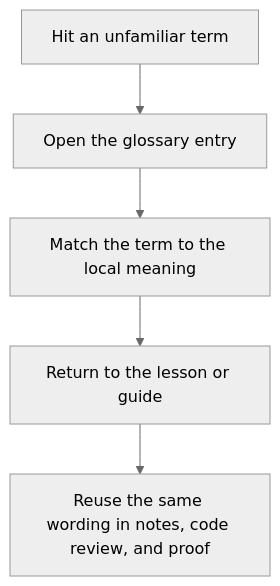
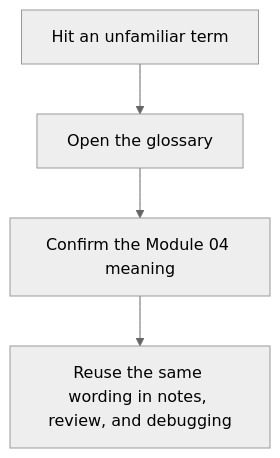
The second of 2 diagrams in programs/python-programming/python-meta-programming/course-book/module-04-function-wrappers-transparent-decorators/glossary.md (bijux/bijux-masterclass), drawn with Mermaid (neutral theme) before and after one commit. The commit also changed other lines of this file and 8 other files, not shown here.

Commit message:
docs(module-04): complete the glossary and lesson navigation

````diff
--- a/programs/python-programming/python-meta-programming/course-book/module-04-function-wrappers-transparent-decorators/glossary.md
+++ b/programs/python-programming/python-meta-programming/course-book/module-04-function-wrappers-transparent-decorators/glossary.md
@@ -15,7 +14,6 @@
 ```mermaid
 flowchart TD
-  pressure["Hit an unfamiliar term"] --> lookup["Open the glossary entry"]
-  lookup --> confirm["Match the term to the local meaning"]
-  confirm --> return["Return to the lesson or guide"]
-  return --> reuse["Reuse the same wording in notes, code review, and proof"]
+  unknown["Hit an unfamiliar term"] --> lookup["Open the glossary"]
+  lookup --> local["Confirm the Module 04 meaning"]
+  local --> reuse["Reuse the same wording in notes, review, and debugging"]
 ```
````
